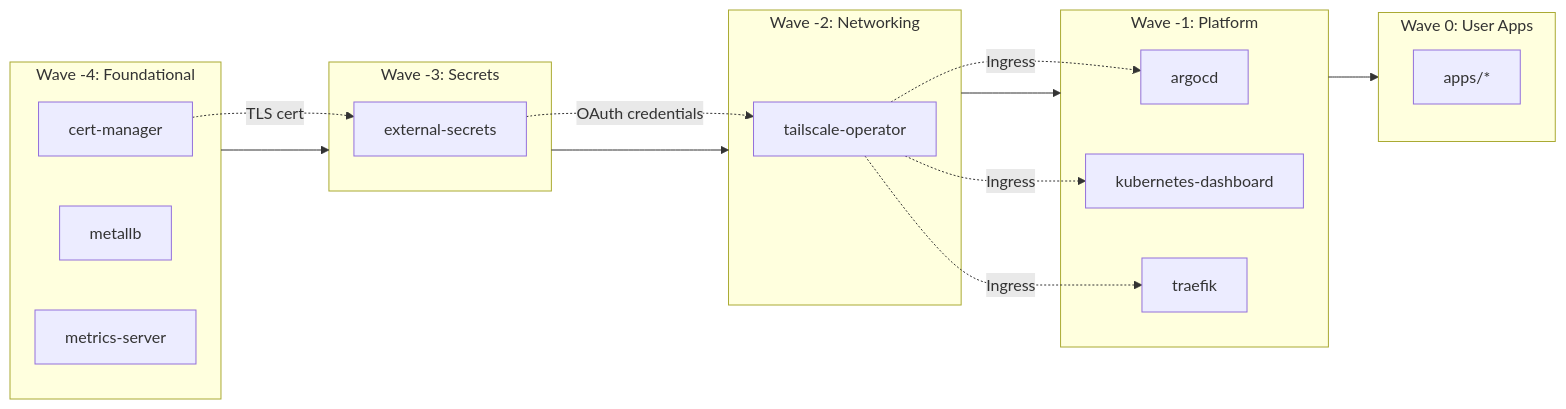
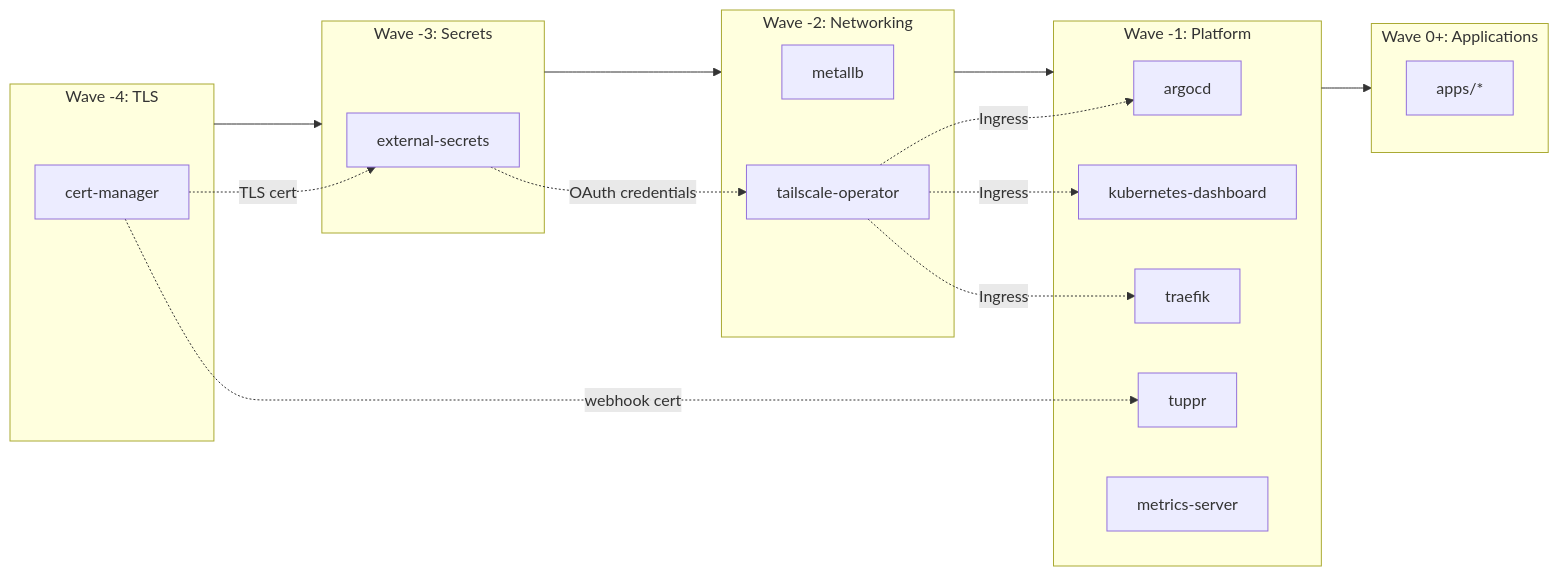
One commit to bafulton/homelab changed the diagram in kubernetes/README.md. Above: the diagram before and after it, drawn with Mermaid. The commit also changed other lines of this file and 3 other files, not shown here.

````diff
--- a/kubernetes/README.md
+++ b/kubernetes/README.md
@@ -28,33 +28,35 @@
 ```mermaid
 flowchart LR
-    subgraph wave4[Wave -4: Foundational]
+    subgraph wave4[Wave -4: TLS]
         cm[cert-manager]
-        mlb[metallb]
-        ms[metrics-server]
     end
 
     subgraph wave3[Wave -3: Secrets]
         es[external-secrets]
     end
 
     subgraph wave2[Wave -2: Networking]
+        mlb[metallb]
         ts[tailscale-operator]
     end
 
     subgraph wave1[Wave -1: Platform]
         argo[argocd]
         kd[kubernetes-dashboard]
         tf[traefik]
+        tuppr[tuppr]
+        ms[metrics-server]
     end
 
-    subgraph wave0[Wave 0: User Apps]
+    subgraph wave0[Wave 0+: Applications]
         apps[apps/*]
     end
 
     wave4 --> wave3 --> wave2 --> wave1 --> wave0
     cm -.->|TLS cert| es
+    cm -.->|webhook cert| tuppr
     es -.->|OAuth credentials| ts
     ts -.->|Ingress| argo
     ts -.->|Ingress| kd
     ts -.->|Ingress| tf
 ```
````
